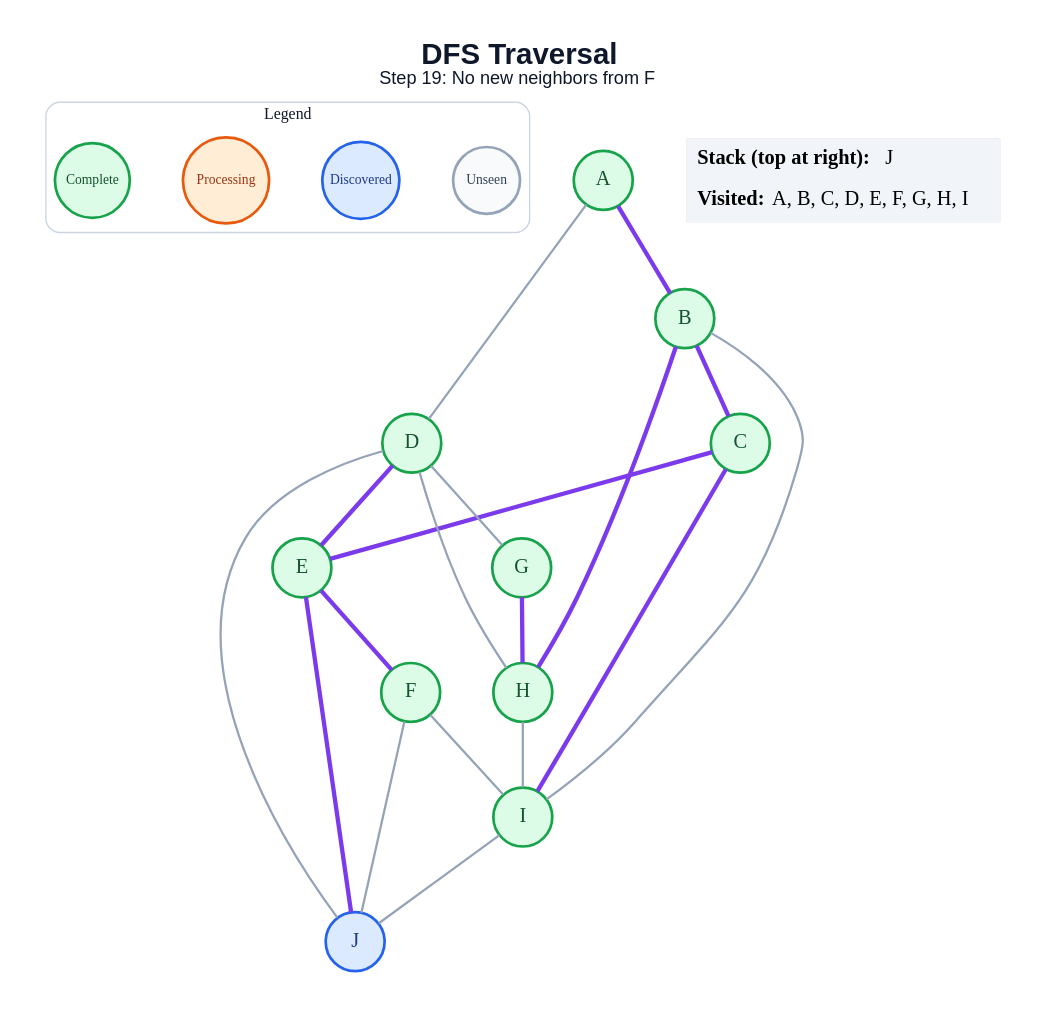
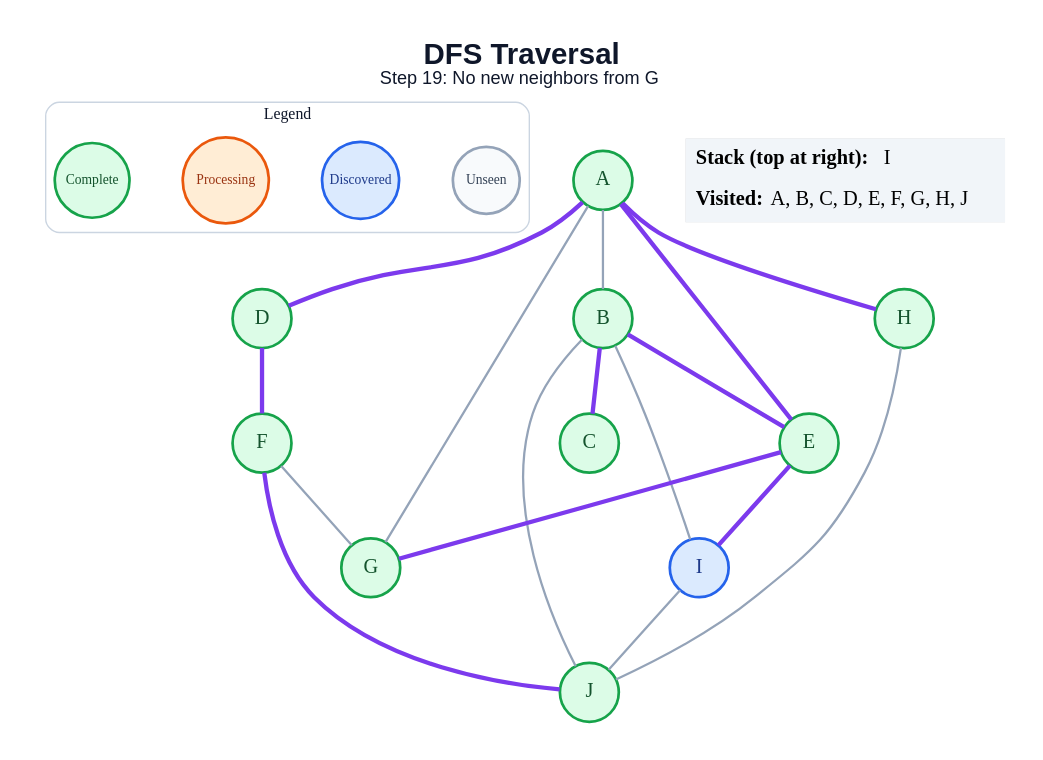
The diagram in generated/specific-node/dfs/step_19.dot (amanghodawala9/ai-slop), drawn with Graphviz before and after one commit. The commit also changed 178 other files, not shown here.

```diff
--- a/generated/specific-node/dfs/step_19.dot
+++ b/generated/specific-node/dfs/step_19.dot
@@ -1,47 +1,45 @@
 graph traversal {
   graph [layout=dot, rankdir=TB, bgcolor="#FFFFFF", pad="0.35", nodesep="0.65", ranksep="0.8", fontname="Arial"];
   node [shape=circle, style="filled", fontname="Arial Bold", fontsize=18, width=0.72, fixedsize=true, penwidth=2.4];
   edge [color="#94A3B8", penwidth=2.0];
-  label=<<B>DFS Traversal</B><BR/><FONT POINT-SIZE="16">Step 19: No new neighbors from F</FONT>>; labelloc="t"; fontsize=26; fontname="Arial"; fontcolor="#0F172A";
+  label=<<B>DFS Traversal</B><BR/><FONT POINT-SIZE="16">Step 19: No new neighbors from G</FONT>>; labelloc="t"; fontsize=26; fontname="Arial"; fontcolor="#0F172A";
   subgraph cluster_legend { label="Legend"; color="#CBD5E1"; penwidth=1.2; style="rounded"; fontsize=14; fontname="Arial Bold";
     key_unseen [label="Unseen", fillcolor="#F8FAFC", color="#94A3B8", fontcolor="#334155", fontsize=12, width=0.82];
     key_frontier [label="Discovered", fillcolor="#DBEAFE", color="#2563EB", fontcolor="#1E3A8A", fontsize=12, width=0.95];
     key_current [label="Processing", fillcolor="#FFEDD5", color="#EA580C", fontcolor="#9A3412", fontsize=12, width=1.05];
     key_done [label="Complete", fillcolor="#DCFCE7", color="#16A34A", fontcolor="#14532D", fontsize=12, width=0.92];
     { rank=same; key_unseen; key_frontier; key_current; key_done; }
   }
   A [fillcolor="#DCFCE7", color="#16A34A", fontcolor="#14532D"];
   B [fillcolor="#DCFCE7", color="#16A34A", fontcolor="#14532D"];
   C [fillcolor="#DCFCE7", color="#16A34A", fontcolor="#14532D"];
   D [fillcolor="#DCFCE7", color="#16A34A", fontcolor="#14532D"];
   E [fillcolor="#DCFCE7", color="#16A34A", fontcolor="#14532D"];
   F [fillcolor="#DCFCE7", color="#16A34A", fontcolor="#14532D"];
   G [fillcolor="#DCFCE7", color="#16A34A", fontcolor="#14532D"];
   H [fillcolor="#DCFCE7", color="#16A34A", fontcolor="#14532D"];
-  I [fillcolor="#DCFCE7", color="#16A34A", fontcolor="#14532D"];
-  J [fillcolor="#DBEAFE", color="#2563EB", fontcolor="#1E3A8A"];
-  A -- B [color="#7C3AED", penwidth=3.8];
-  A -- D;
+  I [fillcolor="#DBEAFE", color="#2563EB", fontcolor="#1E3A8A"];
+  J [fillcolor="#DCFCE7", color="#16A34A", fontcolor="#14532D"];
+  A -- B;
+  A -- D [color="#7C3AED", penwidth=3.8];
+  A -- E [color="#7C3AED", penwidth=3.8];
+  A -- G;
+  A -- H [color="#7C3AED", penwidth=3.8];
   B -- C [color="#7C3AED", penwidth=3.8];
-  B -- H [color="#7C3AED", penwidth=3.8];
+  B -- E [color="#7C3AED", penwidth=3.8];
   B -- I;
-  C -- E [color="#7C3AED", penwidth=3.8];
-  C -- I [color="#7C3AED", penwidth=3.8];
-  D -- E [color="#7C3AED", penwidth=3.8];
-  D -- G;
-  D -- H;
-  D -- J;
-  E -- F [color="#7C3AED", penwidth=3.8];
-  E -- J [color="#7C3AED", penwidth=3.8];
-  F -- I;
-  F -- J;
-  G -- H [color="#7C3AED", penwidth=3.8];
-  H -- I;
+  B -- J;
+  D -- F [color="#7C3AED", penwidth=3.8];
+  E -- G [color="#7C3AED", penwidth=3.8];
+  E -- I [color="#7C3AED", penwidth=3.8];
+  F -- G;
+  F -- J [color="#7C3AED", penwidth=3.8];
+  H -- J;
   I -- J;
   status [shape=plain, fixedsize=false, width=0, height=0, margin=0, label=<
     <TABLE BORDER="0" CELLBORDER="0" CELLPADDING="7" BGCOLOR="#F1F5F9">
-      <TR><TD ALIGN="LEFT"><B>Stack (top at right):</B> J</TD></TR>
-      <TR><TD ALIGN="LEFT"><B>Visited:</B> A, B, C, D, E, F, G, H, I</TD></TR>
+      <TR><TD ALIGN="LEFT"><B>Stack (top at right):</B> I</TD></TR>
+      <TR><TD ALIGN="LEFT"><B>Visited:</B> A, B, C, D, E, F, G, H, J</TD></TR>
     </TABLE>
   >];
 }
```
